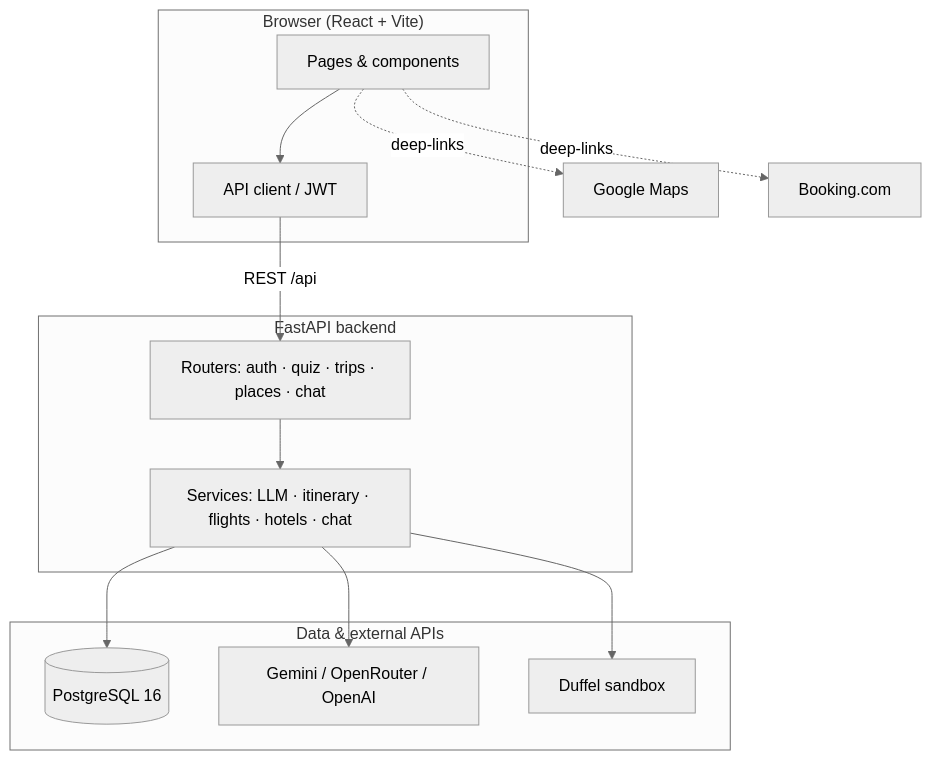
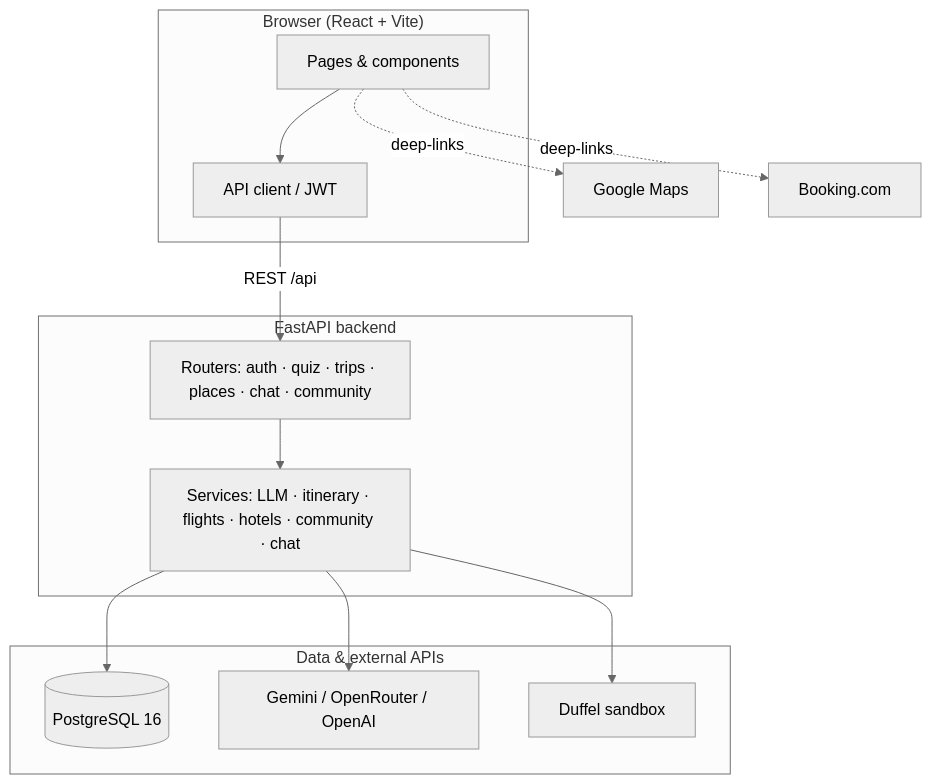
The diagram in README.md (UsmMH/Rihla-Tech), drawn with Mermaid (neutral theme) before and after one commit. The commit also changed other lines of this file and 16 other files, not shown here.

````diff
--- a/README.md
+++ b/README.md
@@ -69,27 +74,27 @@
 ```mermaid
 flowchart TB
     subgraph Client["Browser (React + Vite)"]
         UI[Pages & components]
         UI --> API_CLIENT[API client / JWT]
     end
 
     subgraph Server["FastAPI backend"]
-        ROUTERS[Routers: auth · quiz · trips · places · chat]
-        SERVICES[Services: LLM · itinerary · flights · hotels · chat]
+        ROUTERS[Routers: auth · quiz · trips · places · chat · community]
+        SERVICES[Services: LLM · itinerary · flights · hotels · community · chat]
         ROUTERS --> SERVICES
     end
 
     subgraph Data["Data & external APIs"]
         PG[(PostgreSQL 16)]
         LLM[Gemini / OpenRouter / OpenAI]
         DUFFEL[Duffel sandbox]
     end
 
     API_CLIENT -->|REST /api| ROUTERS
     SERVICES --> PG
     SERVICES --> LLM
     SERVICES --> DUFFEL
 
     UI -.->|deep-links| GMAPS[Google Maps]
     UI -.->|deep-links| BOOKING[Booking.com]
 ```
````
